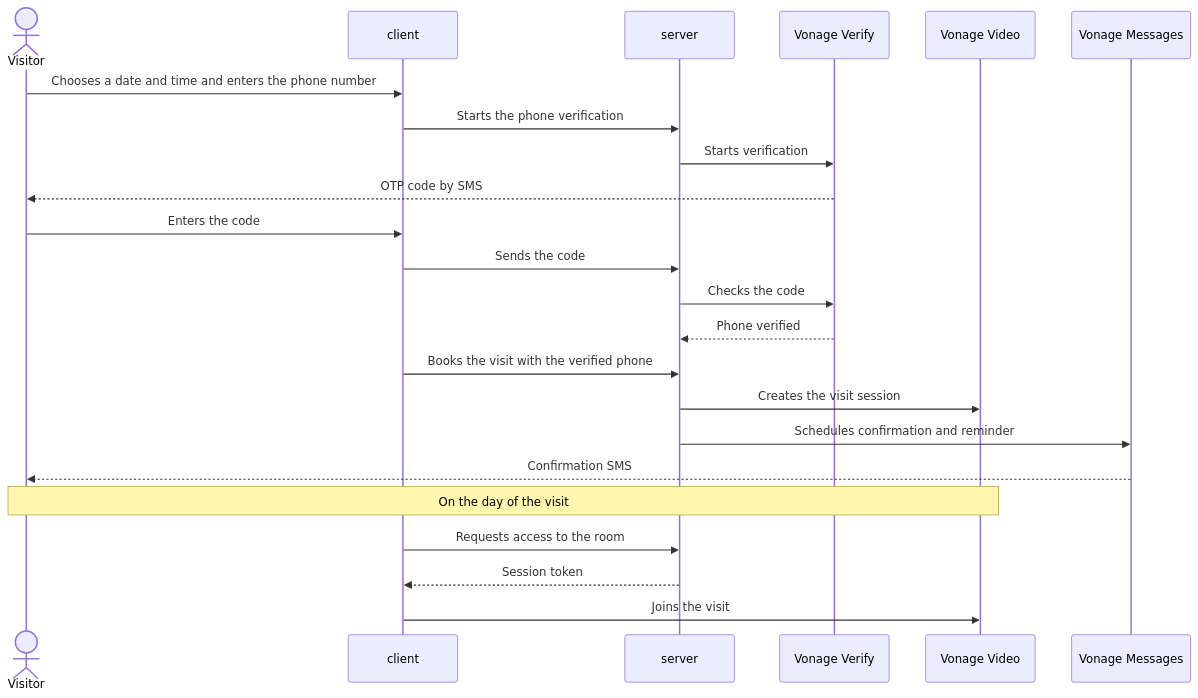
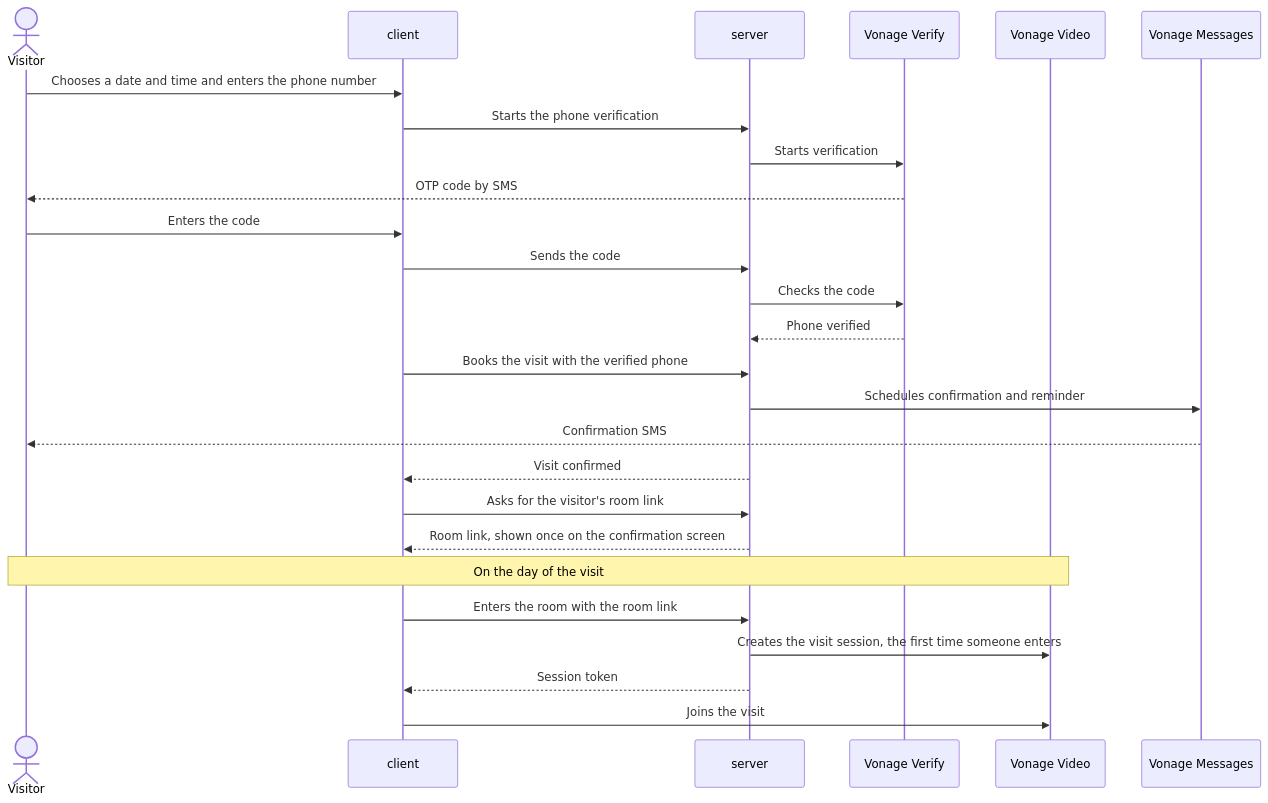
Before and after one commit to femCodersClub-vonage-program/secure-property-viewing: the second of 2 diagrams in docs/architecture/README.md, drawn with Mermaid. The commit also changed 5 other files, not shown here.

````diff
--- a/docs/architecture/README.md
+++ b/docs/architecture/README.md
@@ -23,25 +23,28 @@
 ```mermaid
 sequenceDiagram
     actor V as Visitor
     participant C as client
     participant S as server
     participant VY as Vonage Verify
     participant VV as Vonage Video
     participant VM as Vonage Messages
     V->>C: Chooses a date and time and enters the phone number
     C->>S: Starts the phone verification
     S->>VY: Starts verification
     VY-->>V: OTP code by SMS
     V->>C: Enters the code
     C->>S: Sends the code
     S->>VY: Checks the code
     VY-->>S: Phone verified
     C->>S: Books the visit with the verified phone
-    S->>VV: Creates the visit session
     S->>VM: Schedules confirmation and reminder
     VM-->>V: Confirmation SMS
+    S-->>C: Visit confirmed
+    C->>S: Asks for the visitor's room link
+    S-->>C: Room link, shown once on the confirmation screen
     Note over V,VV: On the day of the visit
-    C->>S: Requests access to the room
+    C->>S: Enters the room with the room link
+    S->>VV: Creates the visit session, the first time someone enters
     S-->>C: Session token
     C->>VV: Joins the visit
 ```
````
